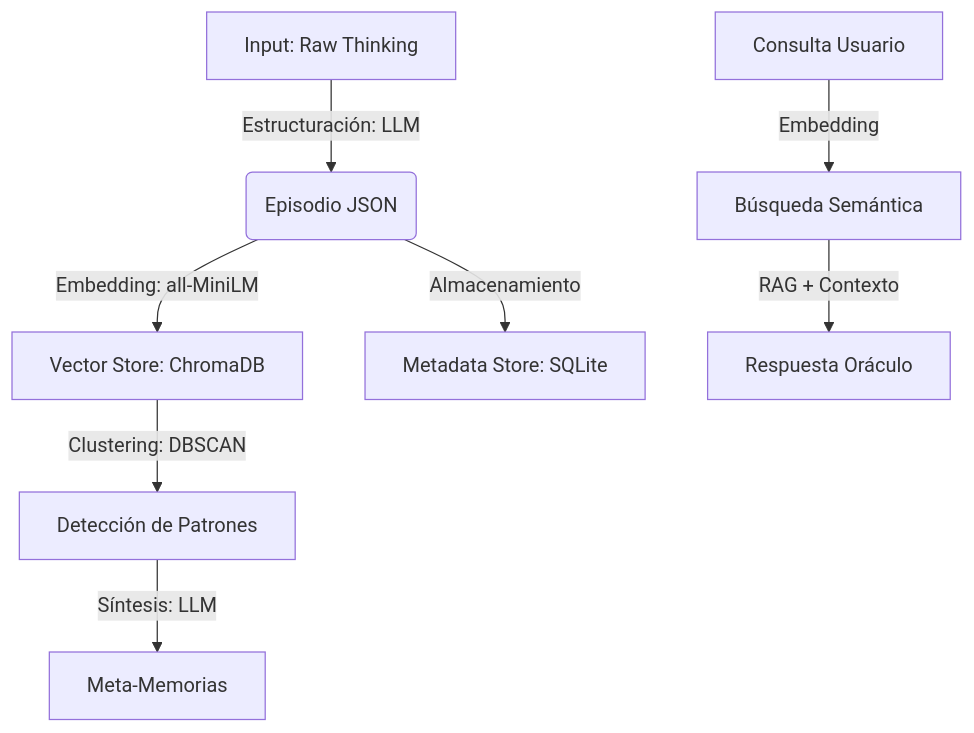
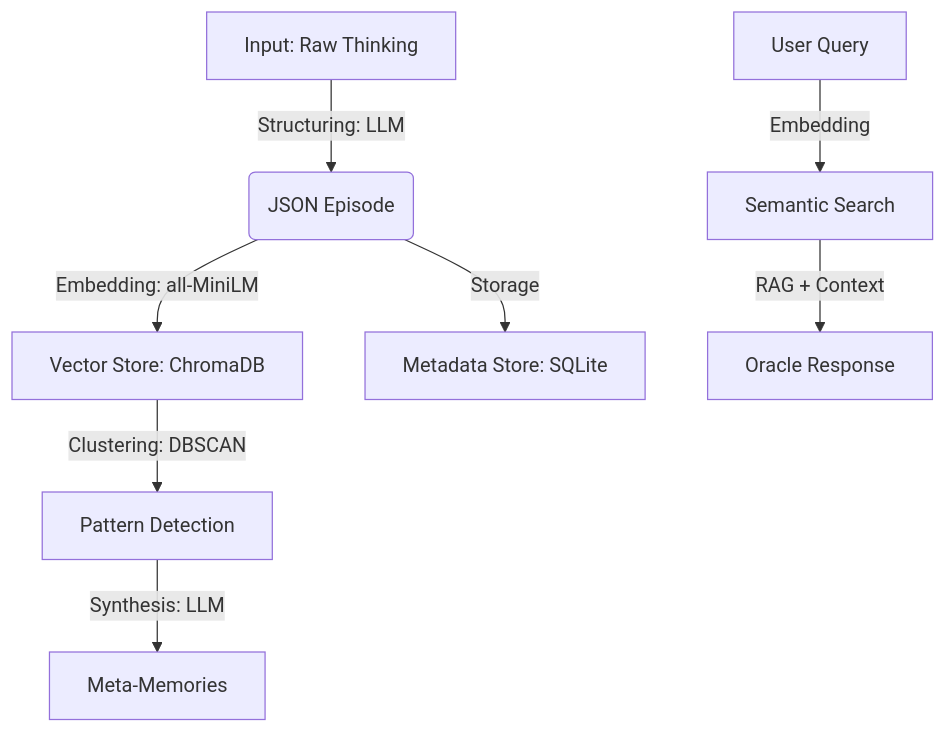
The diagram in README.md (JesusJimenez01/memorytwin), drawn with Mermaid before and after one commit. The commit also changed other lines of this file and 30 other files, not shown here.

````diff
--- a/README.md
+++ b/README.md
@@ -15,10 +43,10 @@
 ```mermaid
 graph TD
-    A[Input: Raw Thinking] -->|Estructuración: LLM| B(Episodio JSON)
+    A[Input: Raw Thinking] -->|Structuring: LLM| B(JSON Episode)
     B -->|Embedding: all-MiniLM| C[Vector Store: ChromaDB]
-    B -->|Almacenamiento| D[Metadata Store: SQLite]
-    C -->|Clustering: DBSCAN| E[Detección de Patrones]
-    E -->|Síntesis: LLM| F[Meta-Memorias]
-    G[Consulta Usuario] -->|Embedding| H[Búsqueda Semántica]
-    H -->|RAG + Contexto| I[Respuesta Oráculo]
+    B -->|Storage| D[Metadata Store: SQLite]
+    C -->|Clustering: DBSCAN| E[Pattern Detection]
+    E -->|Synthesis: LLM| F[Meta-Memories]
+    G[User Query] -->|Embedding| H[Semantic Search]
+    H -->|RAG + Context| I[Oracle Response]
 ```
````
